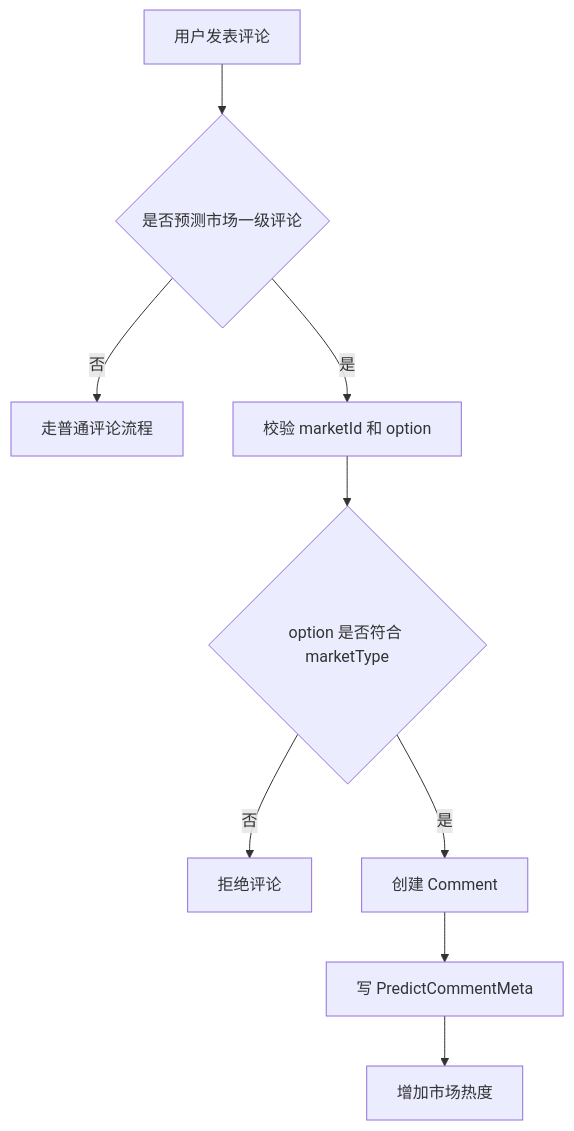
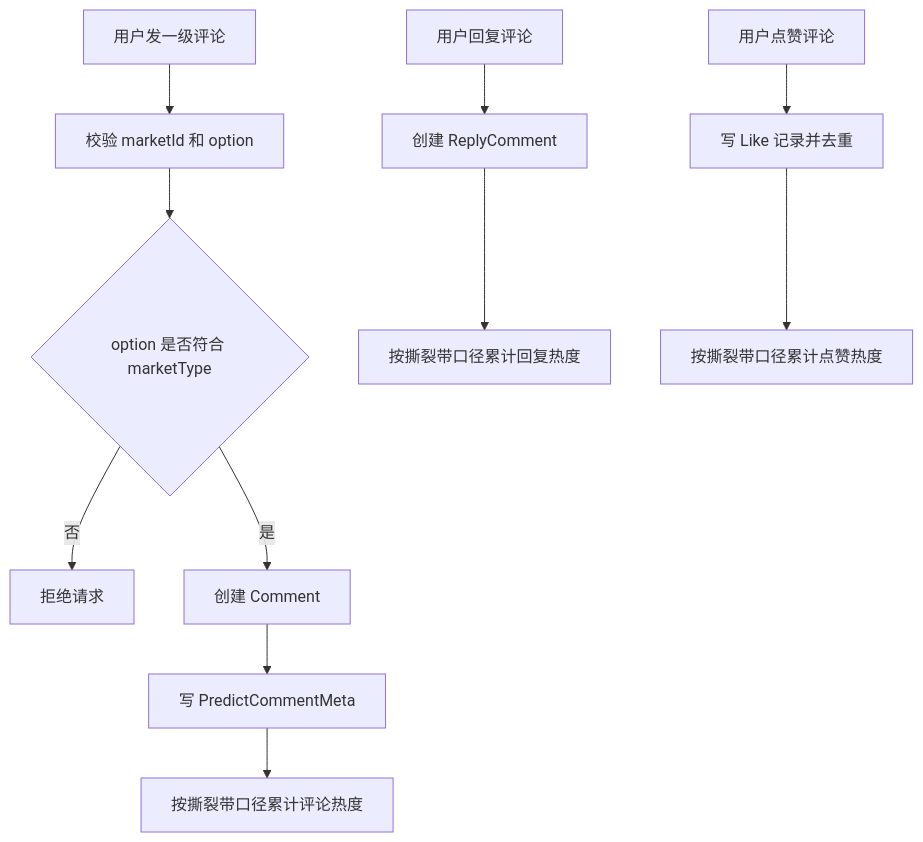
One commit to maoshuo1988/turtlepoll changed the ninth of 10 diagrams in prompt/project/预测市场公共部分/01-流程图.md. Above: the diagram before and after it, drawn with Mermaid. The commit also changed other lines of this file and 51 other files, not shown here.

````diff
--- a/prompt/project/预测市场公共部分/01-流程图.md
+++ b/prompt/project/预测市场公共部分/01-流程图.md
@@ -113,11 +134,13 @@
 ```mermaid
 flowchart TD
-  A["用户发表评论"] --> B{"是否预测市场一级评论"}
-  B -- "否" --> C["走普通评论流程"]
-  B -- "是" --> D["校验 marketId 和 option"]
-  D --> E{"option 是否符合 marketType"}
-  E -- "否" --> F["拒绝评论"]
-  E -- "是" --> G["创建 Comment"]
-  G --> H["写 PredictCommentMeta"]
-  H --> I["增加市场热度"]
+  A["用户发一级评论"] --> B["校验 marketId 和 option"]
+  B --> C{"option 是否符合 marketType"}
+  C -- "否" --> D["拒绝请求"]
+  C -- "是" --> E["创建 Comment"]
+  E --> F["写 PredictCommentMeta"]
+  F --> G["按撕裂带口径累计评论热度"]
+  H["用户回复评论"] --> I["创建 ReplyComment"]
+  I --> J["按撕裂带口径累计回复热度"]
+  K["用户点赞评论"] --> L["写 Like 记录并去重"]
+  L --> M["按撕裂带口径累计点赞热度"]
 ```
````
